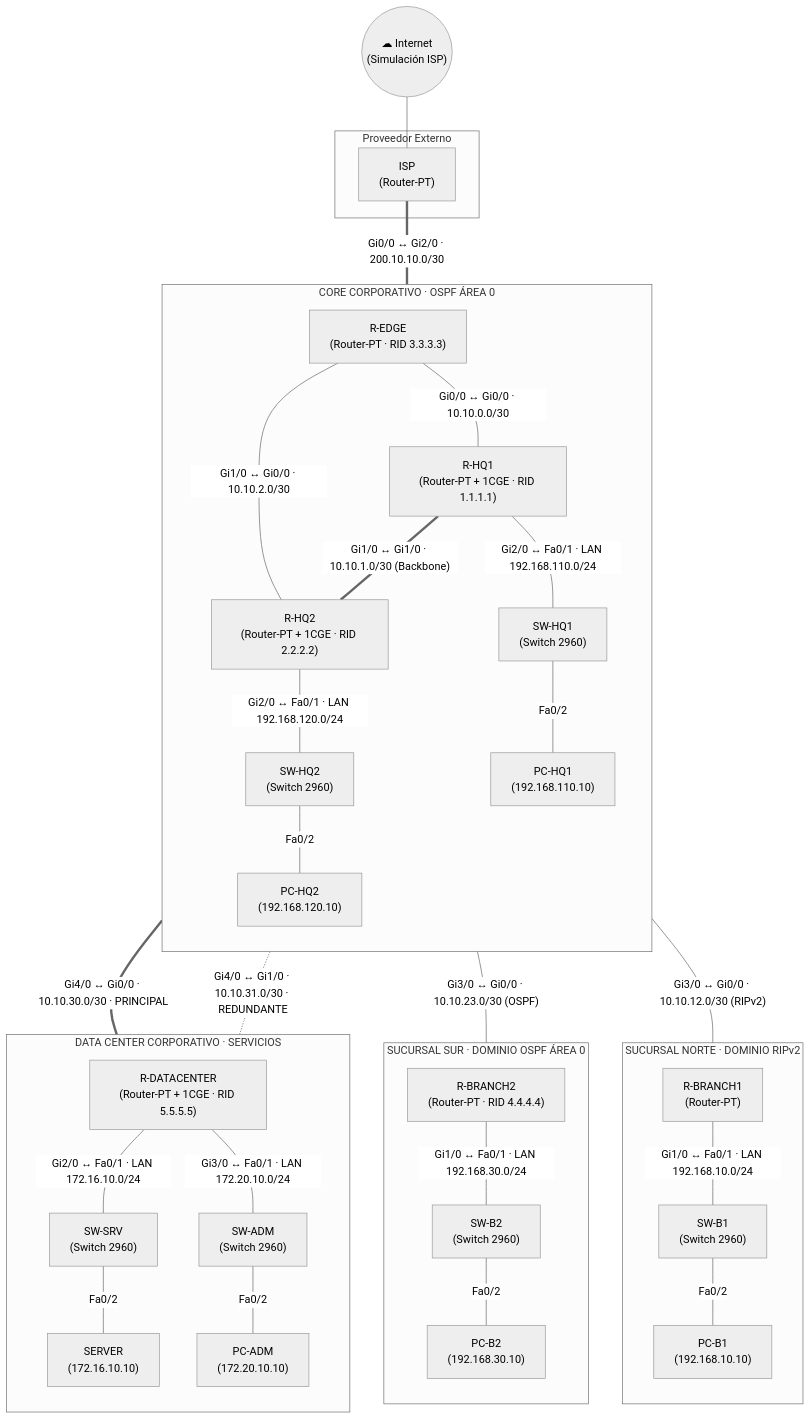
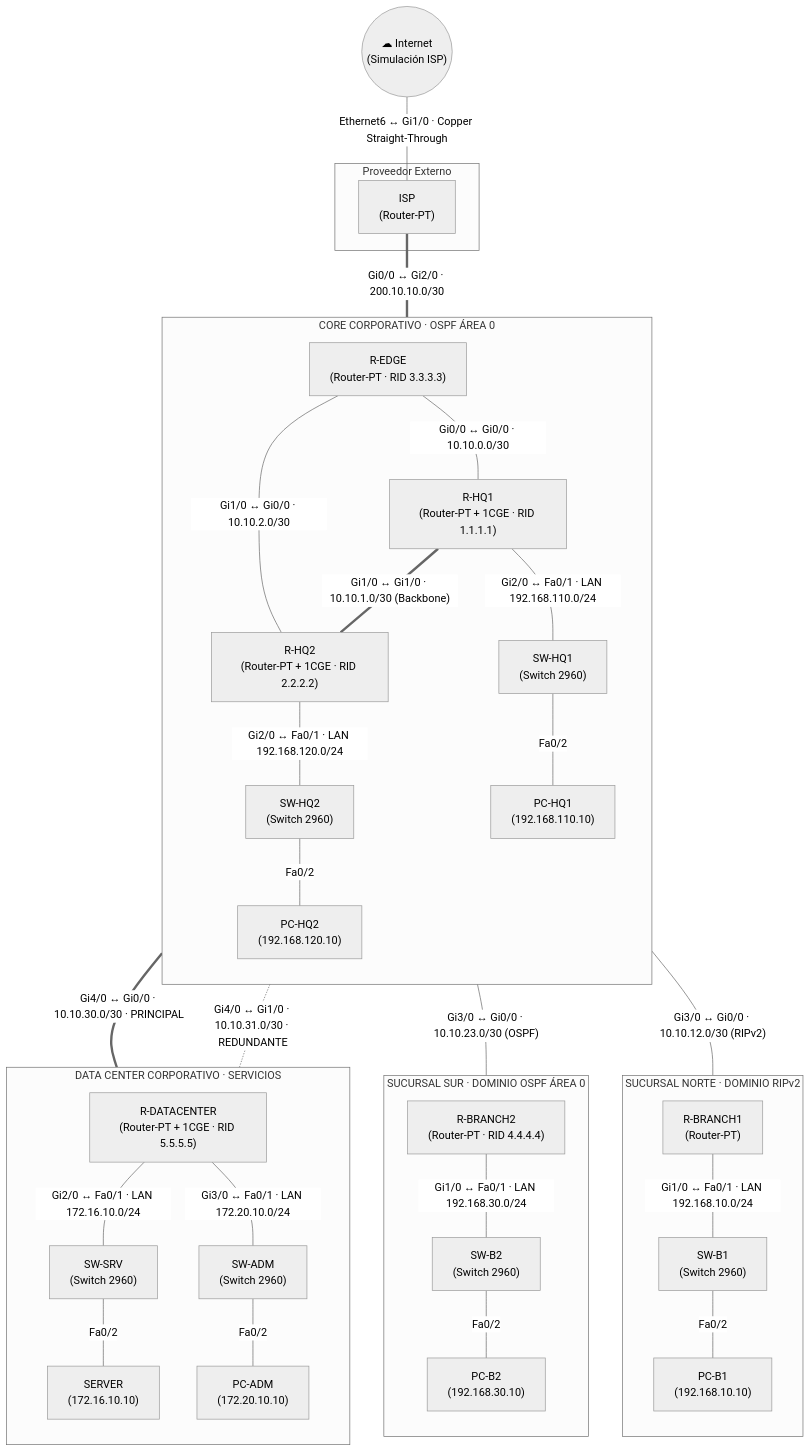
The diagram in README.md (hugoarana89/Redes2_Parcial2), drawn with Mermaid (neutral theme) before and after one commit. The commit also changed other lines of this file and 1 other file, not shown here.

````diff
--- a/README.md
+++ b/README.md
@@ -100,68 +104,68 @@
 ```mermaid
 flowchart TB
     CLOUD(("☁ Internet<br/>(Simulación ISP)"))
 
     subgraph ISPB["Proveedor Externo"]
         ISP["ISP<br/>(Router-PT)"]
     end
 
     subgraph CORE["CORE CORPORATIVO · OSPF ÁREA 0"]
         direction TB
         REDGE["R-EDGE<br/>(Router-PT · RID 3.3.3.3)"]
         RHQ1["R-HQ1<br/>(Router-PT + 1CGE · RID 1.1.1.1)"]
         RHQ2["R-HQ2<br/>(Router-PT + 1CGE · RID 2.2.2.2)"]
         SWHQ1["SW-HQ1<br/>(Switch 2960)"]
         SWHQ2["SW-HQ2<br/>(Switch 2960)"]
         PCHQ1["PC-HQ1<br/>(192.168.110.10)"]
         PCHQ2["PC-HQ2<br/>(192.168.120.10)"]
 
         REDGE ---|"Gi0/0 ↔ Gi0/0 · 10.10.0.0/30"| RHQ1
         REDGE ---|"Gi1/0 ↔ Gi0/0 · 10.10.2.0/30"| RHQ2
         RHQ1 ===|"Gi1/0 ↔ Gi1/0 · 10.10.1.0/30 (Backbone)"| RHQ2
         RHQ1 ---|"Gi2/0 ↔ Fa0/1 · LAN 192.168.110.0/24"| SWHQ1
         RHQ2 ---|"Gi2/0 ↔ Fa0/1 · LAN 192.168.120.0/24"| SWHQ2
         SWHQ1 ---|"Fa0/2"| PCHQ1
         SWHQ2 ---|"Fa0/2"| PCHQ2
     end
 
     subgraph SUC_RIP["SUCURSAL NORTE · DOMINIO RIPv2"]
         direction TB
         RB1["R-BRANCH1<br/>(Router-PT)"]
         SWB1["SW-B1<br/>(Switch 2960)"]
         PCB1["PC-B1<br/>(192.168.10.10)"]
 
         RB1 ---|"Gi1/0 ↔ Fa0/1 · LAN 192.168.10.0/24"| SWB1
         SWB1 ---|"Fa0/2"| PCB1
     end
 
     subgraph SUC_OSPF["SUCURSAL SUR · DOMINIO OSPF ÁREA 0"]
         direction TB
         RB2["R-BRANCH2<br/>(Router-PT · RID 4.4.4.4)"]
         SWB2["SW-B2<br/>(Switch 2960)"]
         PCB2["PC-B2<br/>(192.168.30.10)"]
 
         RB2 ---|"Gi1/0 ↔ Fa0/1 · LAN 192.168.30.0/24"| SWB2
         SWB2 ---|"Fa0/2"| PCB2
     end
 
     subgraph DC["DATA CENTER CORPORATIVO · SERVICIOS"]
         direction TB
         RDC["R-DATACENTER<br/>(Router-PT + 1CGE · RID 5.5.5.5)"]
         SWSRV["SW-SRV<br/>(Switch 2960)"]
         SWADM["SW-ADM<br/>(Switch 2960)"]
         SRV["SERVER<br/>(172.16.10.10)"]
         PCADM["PC-ADM<br/>(172.20.10.10)"]
 
         RDC ---|"Gi2/0 ↔ Fa0/1 · LAN 172.16.10.0/24"| SWSRV
         RDC ---|"Gi3/0 ↔ Fa0/1 · LAN 172.20.10.0/24"| SWADM
         SWSRV ---|"Fa0/2"| SRV
         SWADM ---|"Fa0/2"| PCADM
     end
 
-    CLOUD --- ISP
+    CLOUD ---|"Ethernet6 ↔ Gi1/0 · Copper Straight-Through"| ISP
     ISP ===|"Gi0/0 ↔ Gi2/0 · 200.10.10.0/30"| REDGE
     RHQ1 ---|"Gi3/0 ↔ Gi0/0 · 10.10.12.0/30 (RIPv2)"| RB1
     RHQ2 ---|"Gi3/0 ↔ Gi0/0 · 10.10.23.0/30 (OSPF)"| RB2
     RHQ2 ===|"Gi4/0 ↔ Gi0/0 · 10.10.30.0/30 · PRINCIPAL"| RDC
     RHQ1 -.-|"Gi4/0 ↔ Gi1/0 · 10.10.31.0/30 · REDUNDANTE"| RDC
 ```
````
